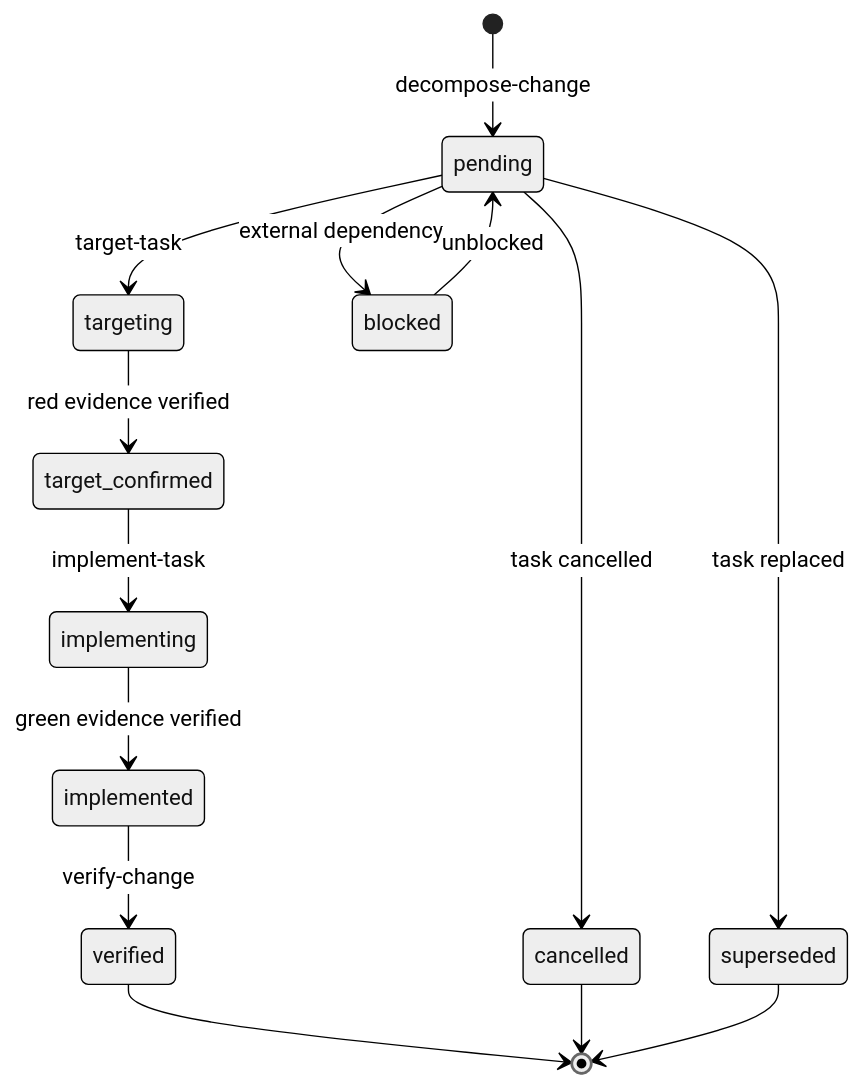
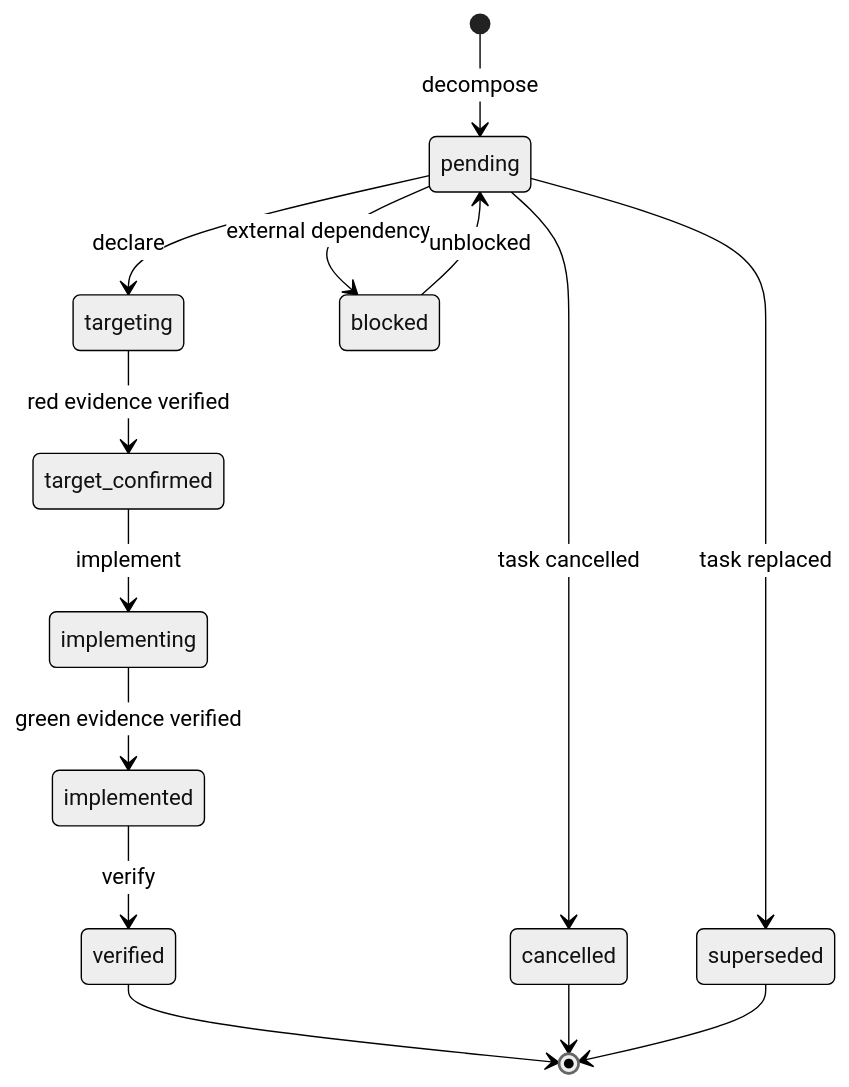
The third of 5 diagrams in docs/state-machine.md (gste/deltafuse), drawn with Mermaid (neutral theme) before and after one commit. The commit also changed other lines of this file and 40 other files, not shown here.

First line of the commit message:
refactor: use one-word lifecycle skills and rename Target to Declare

````diff
--- a/docs/state-machine.md
+++ b/docs/state-machine.md
@@ -114,18 +114,18 @@
 ```mermaid
 stateDiagram-v2
-    [*] --> pending: decompose-change
-    pending --> targeting: target-task
+    [*] --> pending: decompose
+    pending --> targeting: declare
     targeting --> target_confirmed: red evidence verified
-    target_confirmed --> implementing: implement-task
+    target_confirmed --> implementing: implement
     implementing --> implemented: green evidence verified
-    implemented --> verified: verify-change
+    implemented --> verified: verify
     
     pending --> blocked: external dependency
     blocked --> pending: unblocked
     pending --> cancelled: task cancelled
     pending --> superseded: task replaced
     
     verified --> [*]
     cancelled --> [*]
     superseded --> [*]
 ```
````
